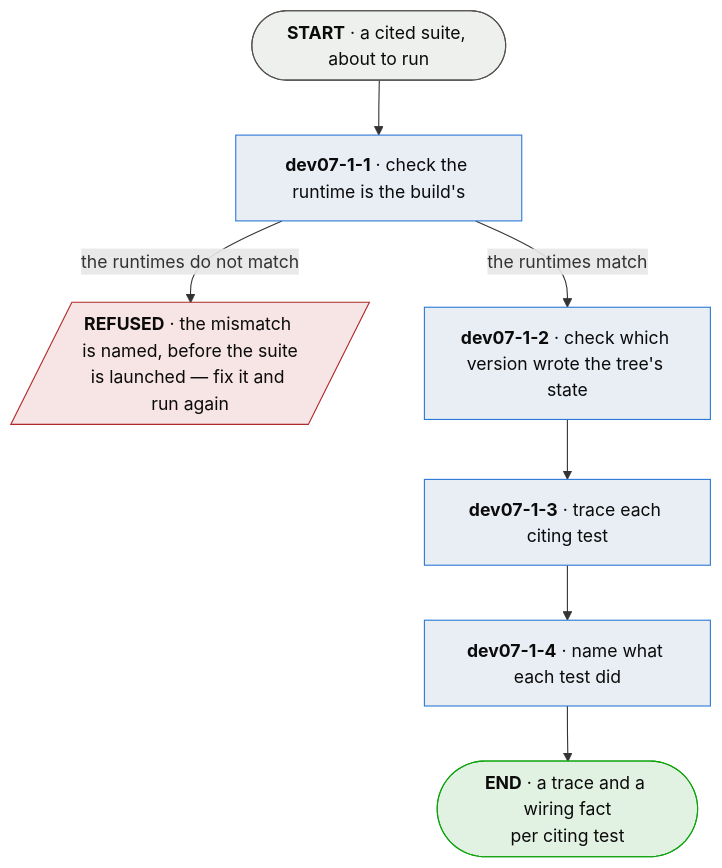
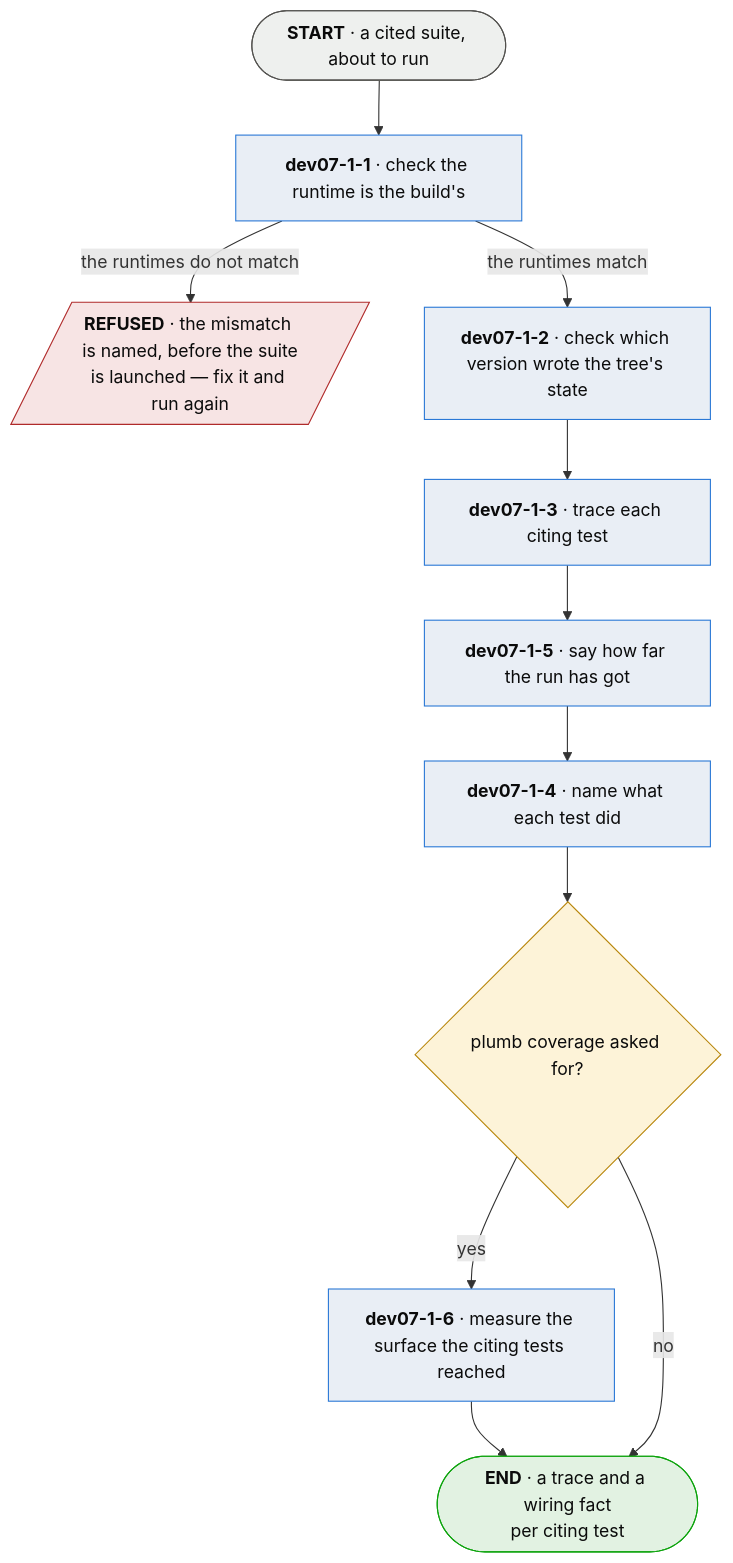
Before and after one commit to plumbspec/plumb: the diagram in spec/diagrams/dev07-1-run-the-suite-under-observation.md, drawn with Mermaid. The commit also changed other lines of this file and 54 other files, not shown here.

````diff
--- a/spec/diagrams/dev07-1-run-the-suite-under-observation.md
+++ b/spec/diagrams/dev07-1-run-the-suite-under-observation.md
@@ -9,21 +9,27 @@
 ```mermaid
 flowchart TD
     IN([<b>START</b> · a cited suite, about to run]):::terminal
 
     MATCH[<b>dev07-1-1</b> · check the runtime is the build's]:::process
     REFUSED[/<b>REFUSED</b> · the mismatch is named, before the suite<br/>is launched — fix it and run again/]:::bad
     VERS[<b>dev07-1-2</b> · check which version wrote the tree's state]:::process
     TRACE[<b>dev07-1-3</b> · trace each citing test]:::process
+    PROG[<b>dev07-1-5</b> · say how far the run has got]:::process
     NAME[<b>dev07-1-4</b> · name what each test did]:::process
+    COVQ{plumb coverage asked for?}:::question
+    COV[<b>dev07-1-6</b> · measure the surface the citing tests reached]:::process
 
     OUT([<b>END</b> · a trace and a wiring fact<br/>per citing test]):::good
 
     IN --> MATCH
     MATCH -->|"the runtimes do not match"| REFUSED
-    MATCH -->|"the runtimes match"| VERS --> TRACE --> NAME --> OUT
+    MATCH -->|"the runtimes match"| VERS --> TRACE --> PROG --> NAME --> COVQ
+    COVQ -->|yes| COV --> OUT
+    COVQ -->|no| OUT
 
     classDef terminal fill:#eef0ee,stroke:#52514e,color:#0b0b0b;
     classDef process fill:#e9eef5,stroke:#2a78d6,color:#0b0b0b;
+    classDef question fill:#fdf3d8,stroke:#b8860b,color:#0b0b0b;
     classDef bad fill:#f7e4e4,stroke:#b02a2a,color:#0b0b0b;
     classDef good fill:#e2f2e2,stroke:#0ca30c,color:#0b0b0b;
 ```
````
